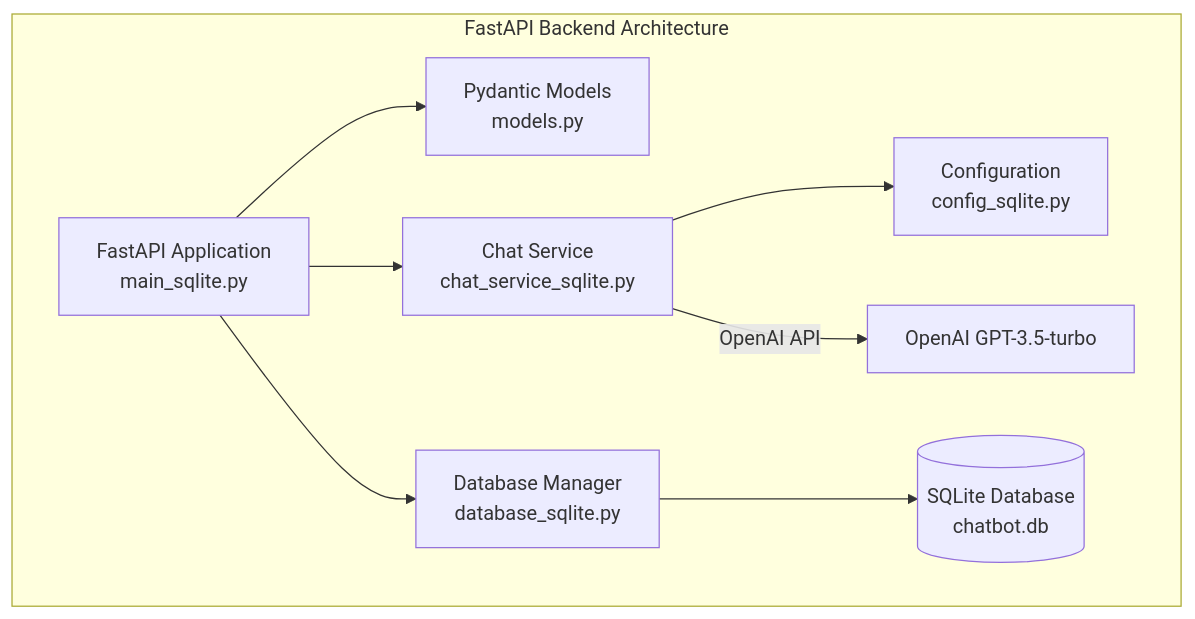
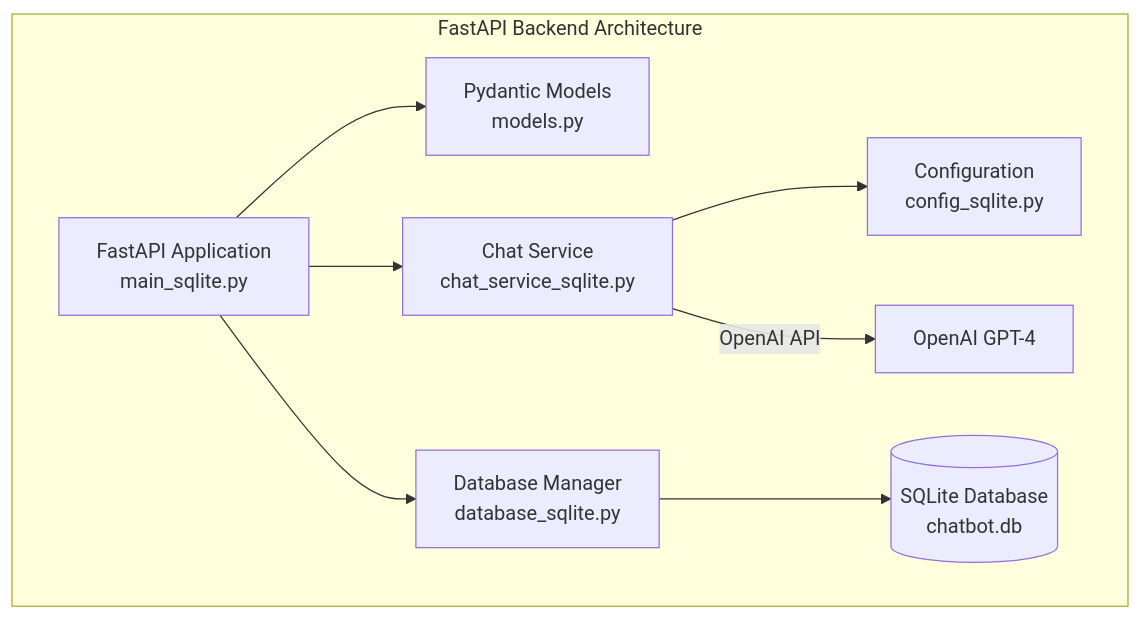
One commit to VimeansethThorng/fastapi-react-typescript-chatbot changed the first of 2 diagrams in backend.md. Above: the diagram before and after it, drawn with Mermaid. The commit also changed other lines of this file and 5 other files, not shown here.

````diff
--- a/backend.md
+++ b/backend.md
@@ -9,18 +9,18 @@
 ```mermaid
 graph TB
     subgraph "FastAPI Backend Architecture"
         API[FastAPI Application<br/>main_sqlite.py]
         MODELS[Pydantic Models<br/>models.py]
         SERVICE[Chat Service<br/>chat_service_sqlite.py]
         DB[Database Manager<br/>database_sqlite.py]
         CONFIG[Configuration<br/>config_sqlite.py]
         SQLITE[(SQLite Database<br/>chatbot.db)]
         
         API --> MODELS
         API --> SERVICE
         API --> DB
         SERVICE --> CONFIG
         DB --> SQLITE
-        SERVICE --> |OpenAI API| OPENAI[OpenAI GPT-3.5-turbo]
+        SERVICE --> |OpenAI API| OPENAI[OpenAI GPT-4]
     end
 ```
````
